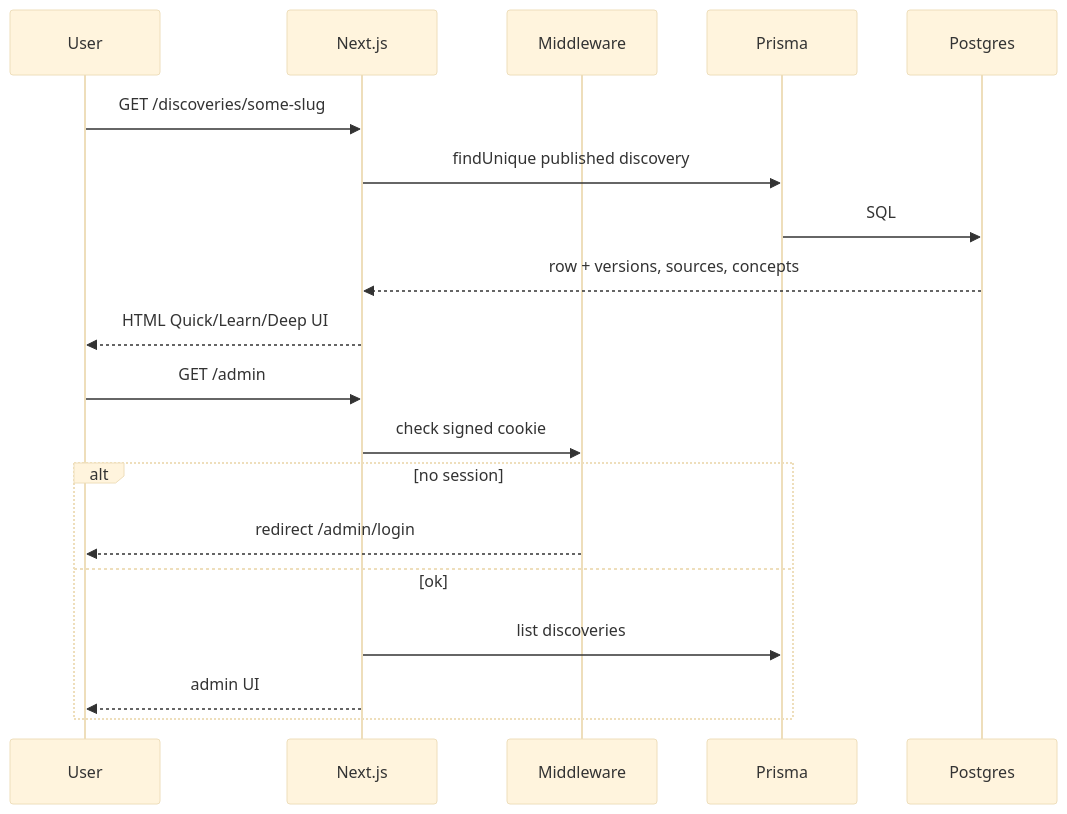
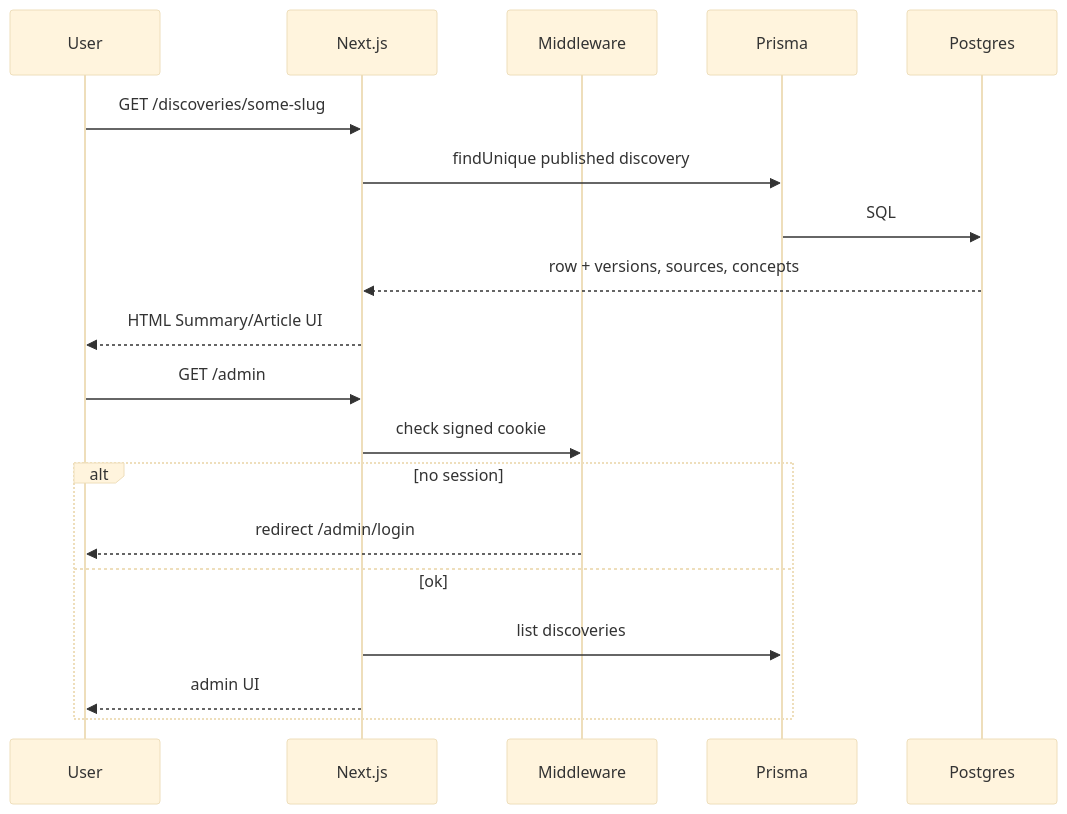
Before and after one commit to panchambanerjee/cosmic_gateway: the third of 3 diagrams in docs/architecture.md, drawn with Mermaid (base theme). The commit also changed other lines of this file and 16 other files, not shown here.

First line of the commit message:
Simplify reading lengths to Summary and Article.

````diff
--- a/docs/architecture.md
+++ b/docs/architecture.md
@@ -92,23 +92,23 @@
 ```mermaid
 sequenceDiagram
   participant U as User
   participant N as Next.js
   participant M as Middleware
   participant P as Prisma
   participant DB as Postgres
 
   U->>N: GET /discoveries/some-slug
   N->>P: findUnique published discovery
   P->>DB: SQL
   DB-->>N: row + versions, sources, concepts
-  N-->>U: HTML Quick/Learn/Deep UI
+  N-->>U: HTML Summary/Article UI
 
   U->>N: GET /admin
   N->>M: check signed cookie
   alt no session
     M-->>U: redirect /admin/login
   else ok
     N->>P: list discoveries
     N-->>U: admin UI
   end
 ```
````
